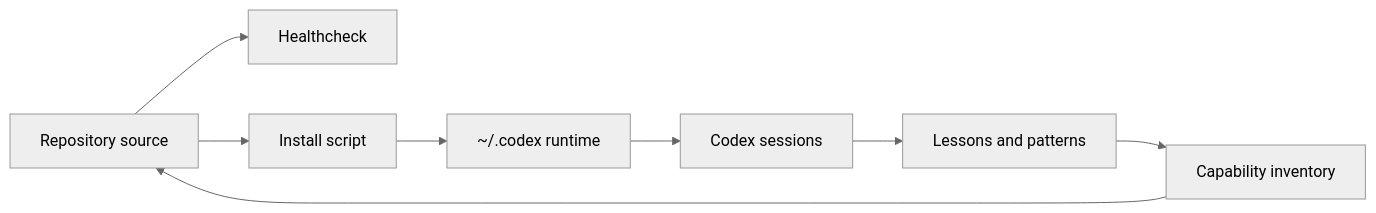
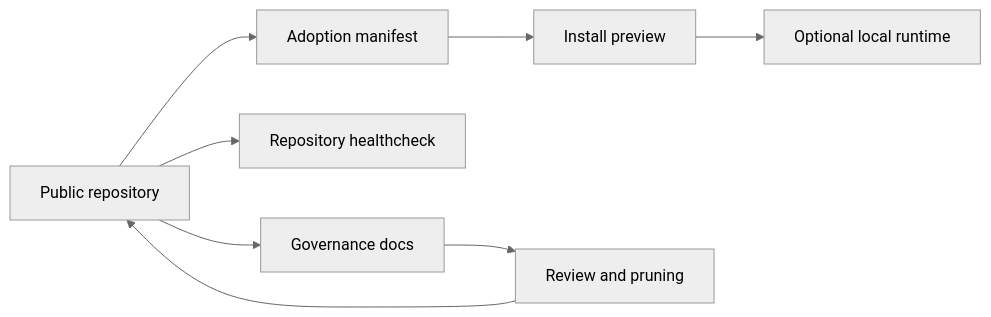
The diagram in README.md (manulazs/development-workspace-codex), drawn with Mermaid (neutral theme) before and after one commit. The commit also changed other lines of this file and 36 other files, not shown here.

Commit message:
reframe workspace as public codex template

````diff
--- a/README.md
+++ b/README.md
@@ -70,10 +30,10 @@
 ```mermaid
 flowchart LR
-  repo[Repository source] --> health[Healthcheck]
-  repo --> install[Install script]
-  install --> runtime[~/.codex runtime]
-  runtime --> use[Codex sessions]
-  use --> lessons[Lessons and patterns]
-  lessons --> inventory[Capability inventory]
-  inventory --> repo
+  repo[Public repository] --> manifest[Adoption manifest]
+  repo --> health[Repository healthcheck]
+  manifest --> preview[Install preview]
+  preview --> runtime[Optional local runtime]
+  repo --> docs[Governance docs]
+  docs --> review[Review and pruning]
+  review --> repo
 ```
````
